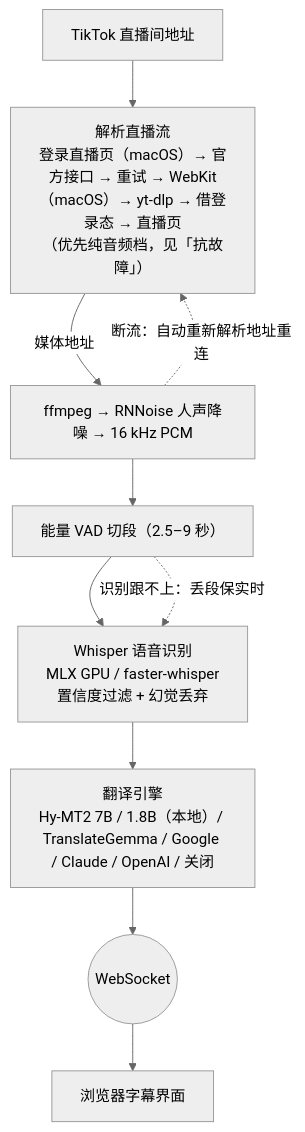
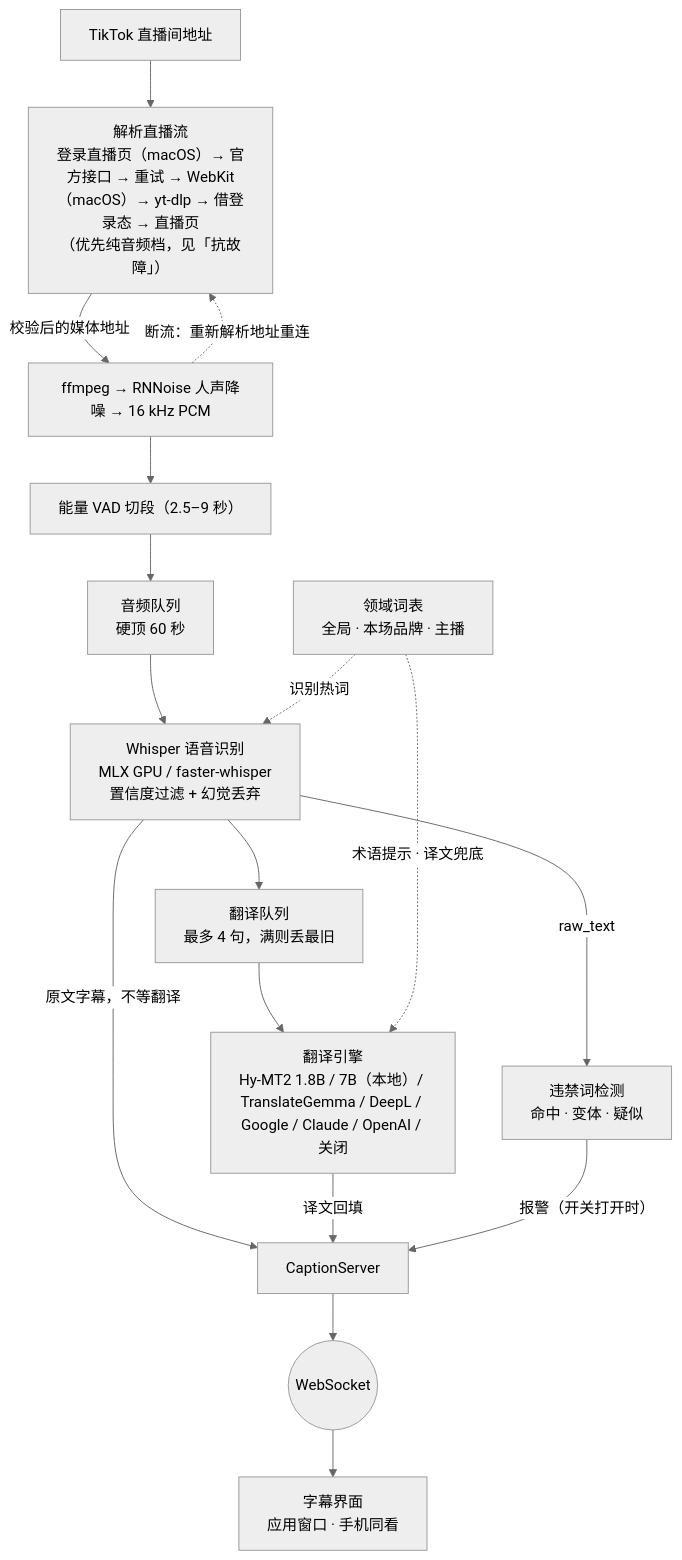
One commit to EM917/tiktok-live-translator changed the diagram in README.zh-CN.md. Above: the diagram before and after it, drawn with Mermaid (neutral theme). The commit also changed other lines of this file and 1 other file, not shown here.

````diff
--- a/README.zh-CN.md
+++ b/README.zh-CN.md
@@ -515,12 +515,19 @@
 ```mermaid
 flowchart TD
     URL["TikTok 直播间地址"] --> RESOLVE["解析直播流<br/>登录直播页（macOS）→ 官方接口 → 重试 → WebKit（macOS）→ yt-dlp → 借登录态 → 直播页<br/>（优先纯音频档，见「抗故障」）"]
-    RESOLVE -->|"媒体地址"| FF["ffmpeg → RNNoise 人声降噪 → 16 kHz PCM"]
+    RESOLVE -->|"校验后的媒体地址"| FF["ffmpeg → RNNoise 人声降噪 → 16 kHz PCM"]
     FF --> VAD["能量 VAD 切段（2.5–9 秒）"]
-    VAD --> ASR["Whisper 语音识别<br/>MLX GPU / faster-whisper<br/>置信度过滤 + 幻觉丢弃"]
-    ASR --> TR["翻译引擎<br/>Hy-MT2 7B / 1.8B（本地）/ TranslateGemma / Google / Claude / OpenAI / 关闭"]
-    TR --> WS(("WebSocket"))
-    WS --> UI["浏览器字幕界面"]
-    FF -.->|"断流：自动重新解析地址重连"| RESOLVE
-    VAD -.->|"识别跟不上：丢段保实时"| ASR
+    VAD --> AQ["音频队列<br/>硬顶 60 秒"]
+    AQ --> ASR["Whisper 语音识别<br/>MLX GPU / faster-whisper<br/>置信度过滤 + 幻觉丢弃"]
+    GL["领域词表<br/>全局 · 本场品牌 · 主播"] -.->|"识别热词"| ASR
+    ASR -->|"原文字幕，不等翻译"| SRV["CaptionServer"]
+    ASR --> TQ["翻译队列<br/>最多 4 句，满则丢最旧"]
+    TQ --> TR["翻译引擎<br/>Hy-MT2 1.8B / 7B（本地）/ TranslateGemma / DeepL / Google / Claude / OpenAI / 关闭"]
+    GL -.->|"术语提示 · 译文兜底"| TR
+    TR -->|"译文回填"| SRV
+    ASR -->|"raw_text"| DET["违禁词检测<br/>命中 · 变体 · 疑似"]
+    DET -->|"报警（开关打开时）"| SRV
+    SRV --> WS(("WebSocket"))
+    WS --> UI["字幕界面<br/>应用窗口 · 手机同看"]
+    FF -.->|"断流：重新解析地址重连"| RESOLVE
 ```
````
